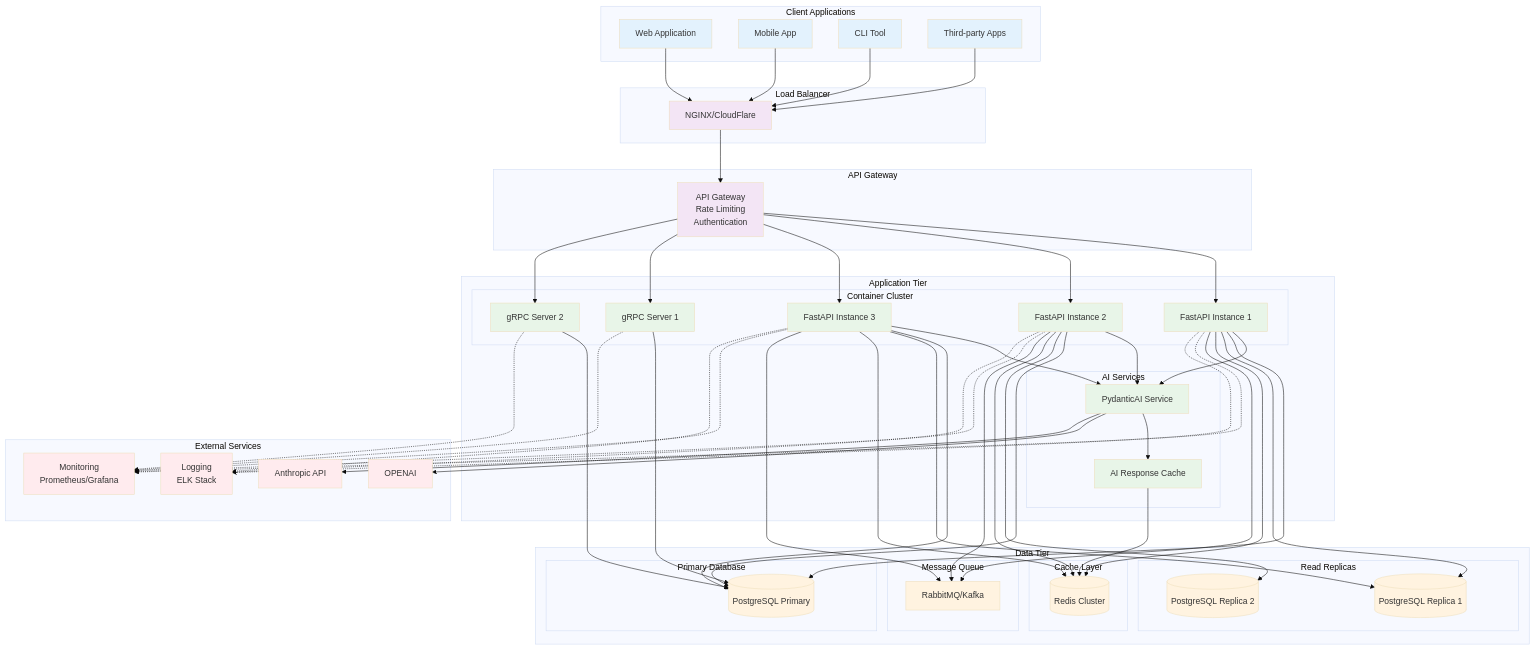
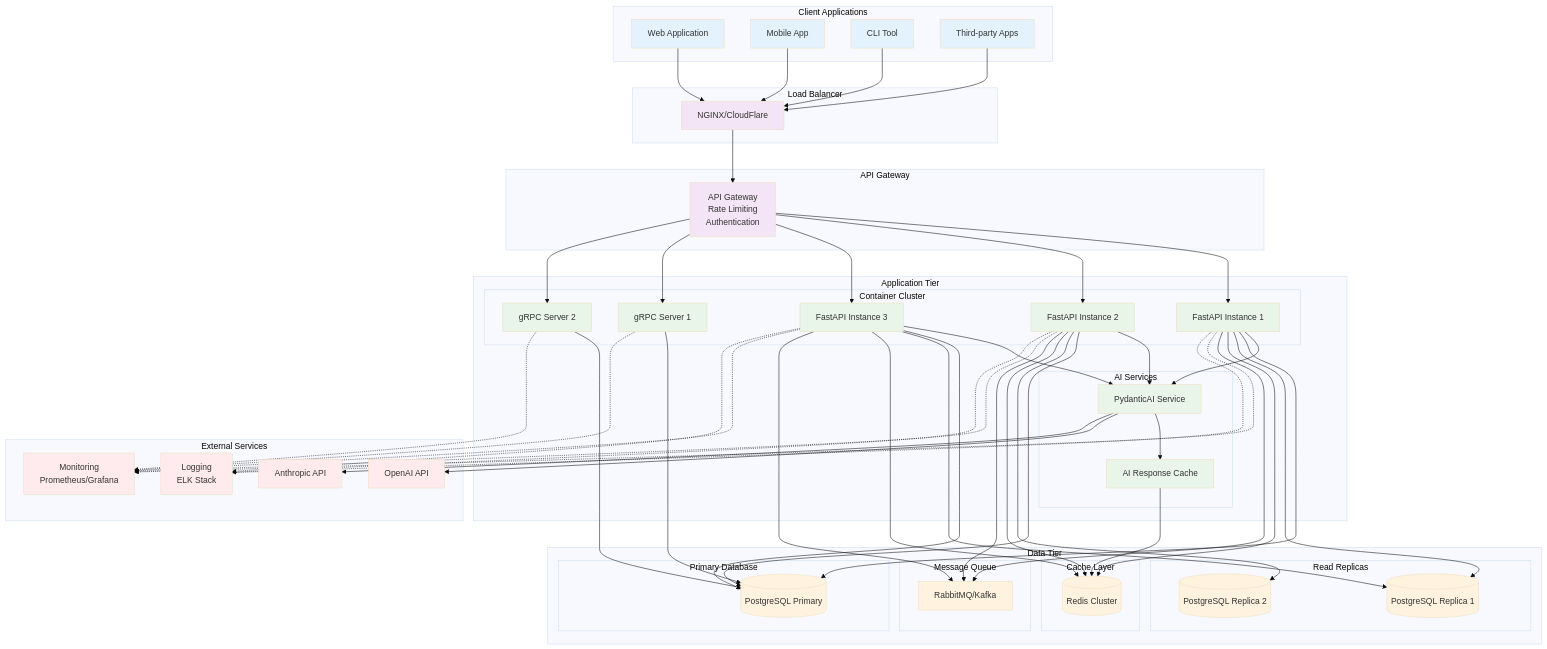
The seventh of 7 diagrams in docs/ARCHITECTURE.md (postfiatorg/postfiat-sdk), drawn with Mermaid (base theme) before and after one commit.

Commit message:
fix: resolve mermaid syntax error in deployment architecture diagram
- Fixed duplicate node ID redefinition for OPENAI service
- Removed redundant label [OPENAI] that conflicted with existing node definition
- Resolves parsing error in mermaid diagram rendering

```diff
--- a/docs/ARCHITECTURE.md
+++ b/docs/ARCHITECTURE.md
@@ -746,7 +746,7 @@
     API3 --> QUEUE
 
     %% External service connections  
-    AI_SVC --> OPENAI[OPENAI]
+    AI_SVC --> OPENAI
     AI_SVC --> ANTHROPIC
 
     %% Monitoring connections
```
